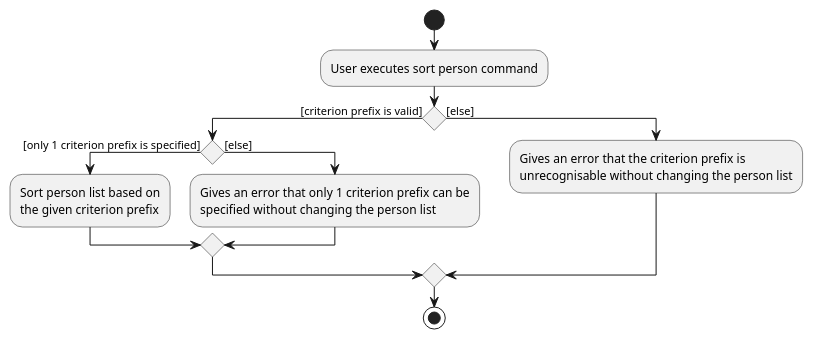
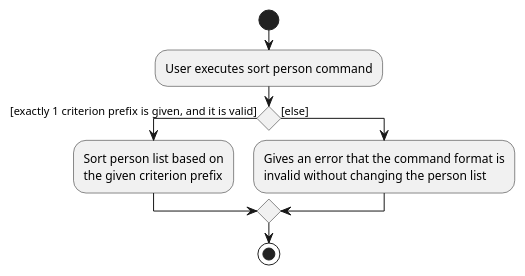
One commit to nus-cs2103-AY2223S1/tp changed the diagram in docs/diagrams/SortPersonActivity.puml. Above: the diagram before and after it, drawn with PlantUML. The commit also changed 1 other file, not shown here.

Commit message:
Fix sort person command error logic

```diff
--- a/docs/diagrams/SortPersonActivity.puml
+++ b/docs/diagrams/SortPersonActivity.puml
@@ -1,21 +1,16 @@
 @startuml
 start
 :User executes sort person command;
 
 'Since the beta syntax does not support placing the condition outside the
 'diamond we place it as the true branch instead.
 
-if () then ([criterion prefix is valid])
-    if() then ([only 1 criterion prefix is specified])
+if () then ([exactly 1 criterion prefix is given, and it is valid])
     :Sort person list based on
     the given criterion prefix;
-    else ([else])
-    :Gives an error that only 1 criterion prefix can be
-    specified without changing the person list;
-    endif
 else ([else])
-    :Gives an error that the criterion prefix is
-    unrecognisable without changing the person list;
+    :Gives an error that the command format is
+    invalid without changing the person list;
 endif
 stop
 @enduml
```
